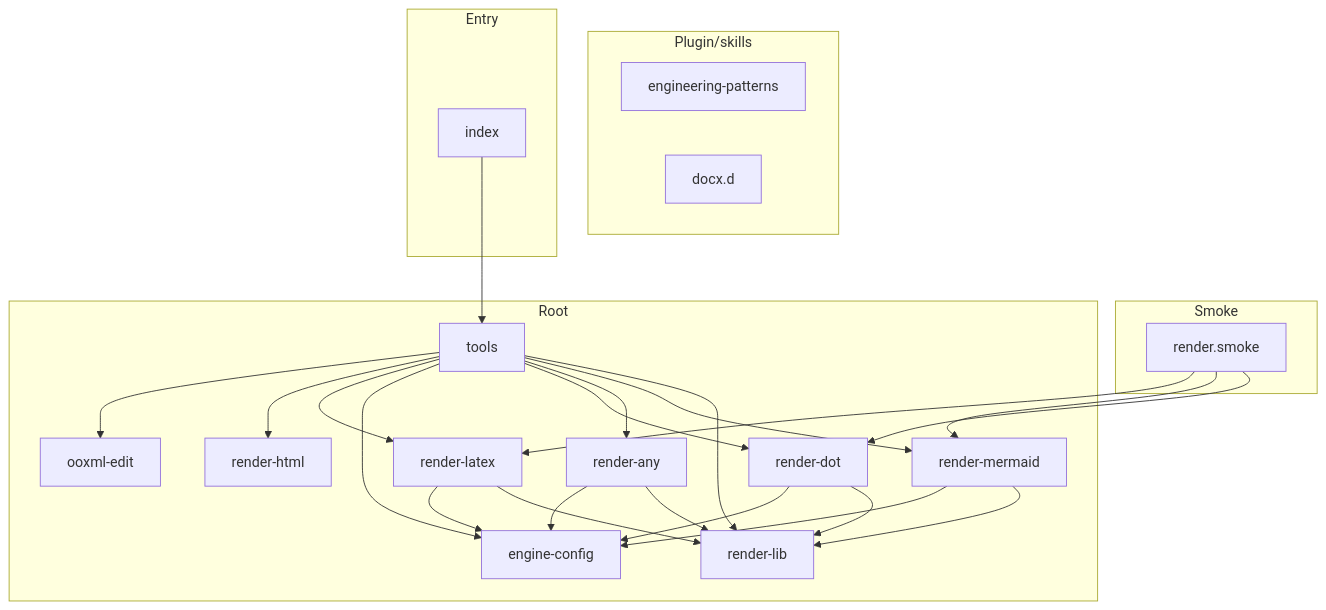
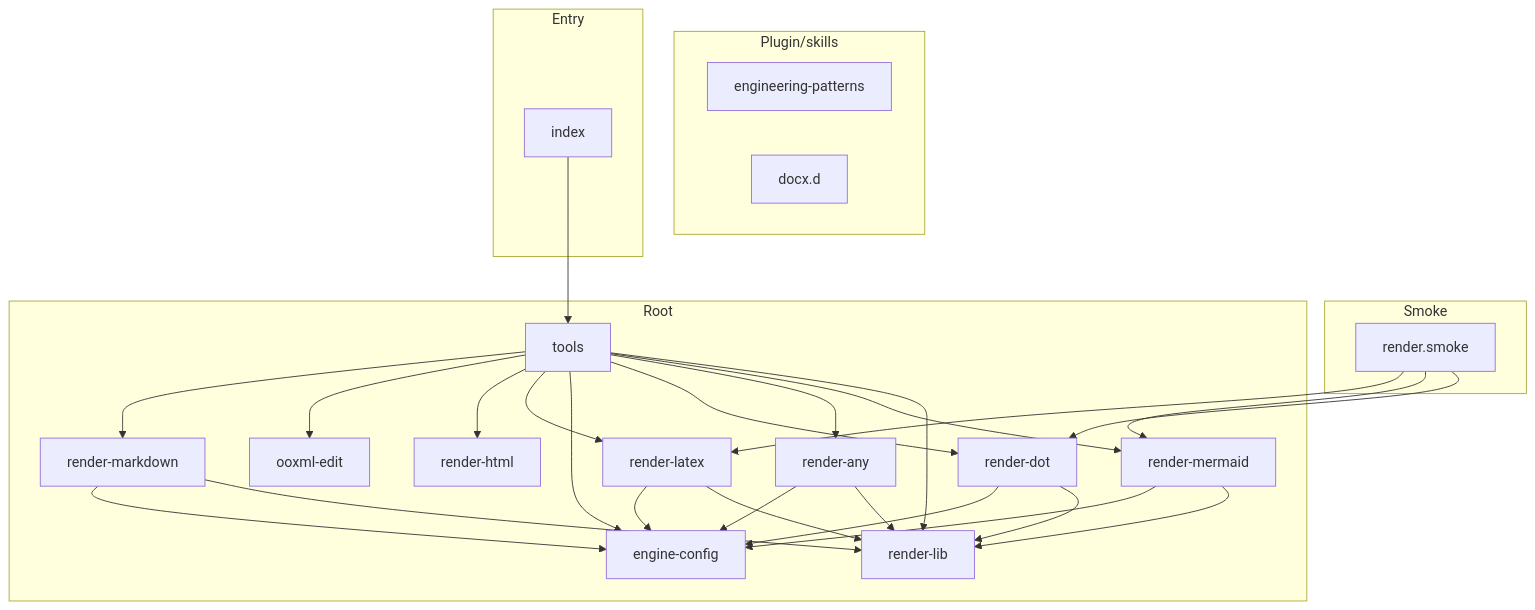
Before and after one commit to danielsimonjr/scieng-mcp: the diagram in docs/architecture/DEPENDENCY_GRAPH.md, drawn with Mermaid. The commit also changed other lines of this file and 49 other files, not shown here.

````diff
--- a/docs/architecture/DEPENDENCY_GRAPH.md
+++ b/docs/architecture/DEPENDENCY_GRAPH.md
@@ -309,48 +337,52 @@
 ```mermaid
 graph TD
     subgraph Plugin/skills
         N0[engineering-patterns]
         N1[docx.d]
     end
 
     subgraph Smoke
         N2[render.smoke]
     end
 
     subgraph Root
         N3[engine-config]
         N4[ooxml-edit]
         N5[render-any]
         N6[render-dot]
         N7[render-html]
         N8[render-latex]
         N9[render-lib]
-        N10[render-mermaid]
-        N11[tools]
+        N10[render-markdown]
+        N11[render-mermaid]
+        N12[tools]
     end
 
     subgraph Entry
-        N12[index]
+        N13[index]
     end
 
     N2 --> N6
-    N2 --> N10
+    N2 --> N11
     N2 --> N8
-    N12 --> N11
+    N13 --> N12
     N5 --> N9
     N5 --> N3
     N6 --> N9
     N6 --> N3
     N8 --> N9
     N8 --> N3
     N10 --> N9
     N10 --> N3
     N11 --> N9
-    N11 --> N10
-    N11 --> N5
-    N11 --> N6
     N11 --> N3
-    N11 --> N8
-    N11 --> N7
-    N11 --> N4
+    N12 --> N9
+    N12 --> N11
+    N12 --> N5
+    N12 --> N6
+    N12 --> N3
+    N12 --> N8
+    N12 --> N7
+    N12 --> N4
+    N12 --> N10
 ```
````
